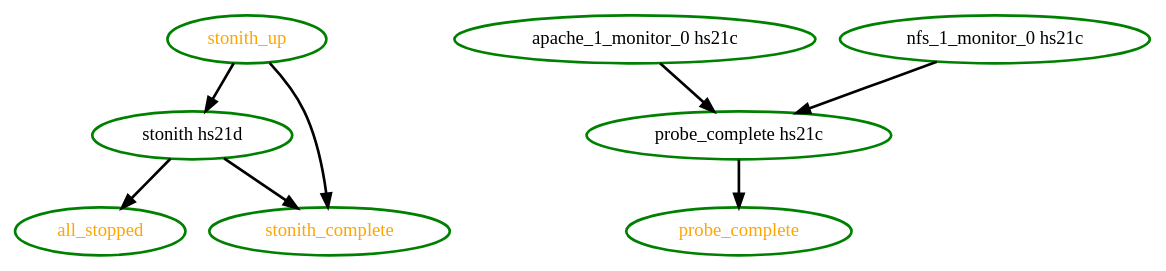
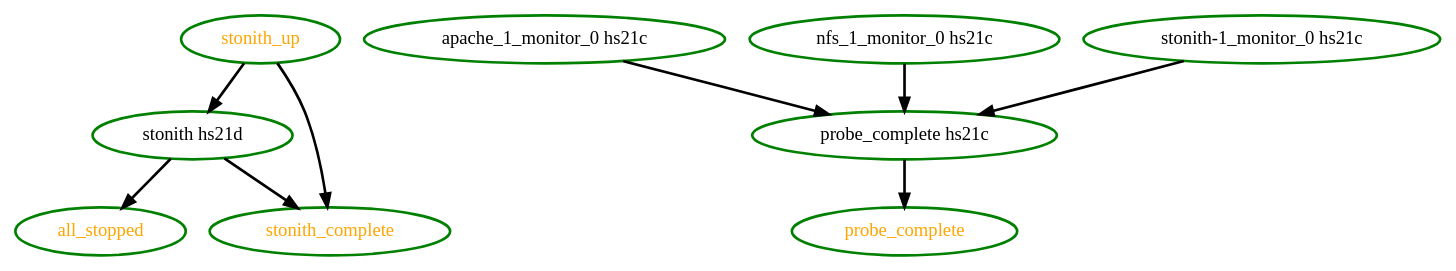
The diagram in pengine/test10/systemhealthp3.dot (linux-ha-japan/pm_diskd), drawn with Graphviz before and after one commit. The commit also changed 209 other files, not shown here.

```diff
--- a/pengine/test10/systemhealthp3.dot
+++ b/pengine/test10/systemhealthp3.dot
@@ -1,17 +1,19 @@
 digraph "g" {
 "all_stopped" [ style=bold color="green" fontcolor="orange"  ]
 "apache_1_monitor_0 hs21c" -> "probe_complete hs21c" [ style = bold]
 "apache_1_monitor_0 hs21c" [ style=bold color="green" fontcolor="black"  ]
 "nfs_1_monitor_0 hs21c" -> "probe_complete hs21c" [ style = bold]
 "nfs_1_monitor_0 hs21c" [ style=bold color="green" fontcolor="black"  ]
 "probe_complete hs21c" -> "probe_complete" [ style = bold]
 "probe_complete hs21c" [ style=bold color="green" fontcolor="black"  ]
 "probe_complete" [ style=bold color="green" fontcolor="orange"  ]
 "stonith hs21d" -> "all_stopped" [ style = bold]
 "stonith hs21d" -> "stonith_complete" [ style = bold]
 "stonith hs21d" [ style=bold color="green" fontcolor="black"  ]
+"stonith-1_monitor_0 hs21c" -> "probe_complete hs21c" [ style = bold]
+"stonith-1_monitor_0 hs21c" [ style=bold color="green" fontcolor="black"  ]
 "stonith_complete" [ style=bold color="green" fontcolor="orange"  ]
 "stonith_up" -> "stonith hs21d" [ style = bold]
 "stonith_up" -> "stonith_complete" [ style = bold]
 "stonith_up" [ style=bold color="green" fontcolor="orange"  ]
 }
```
